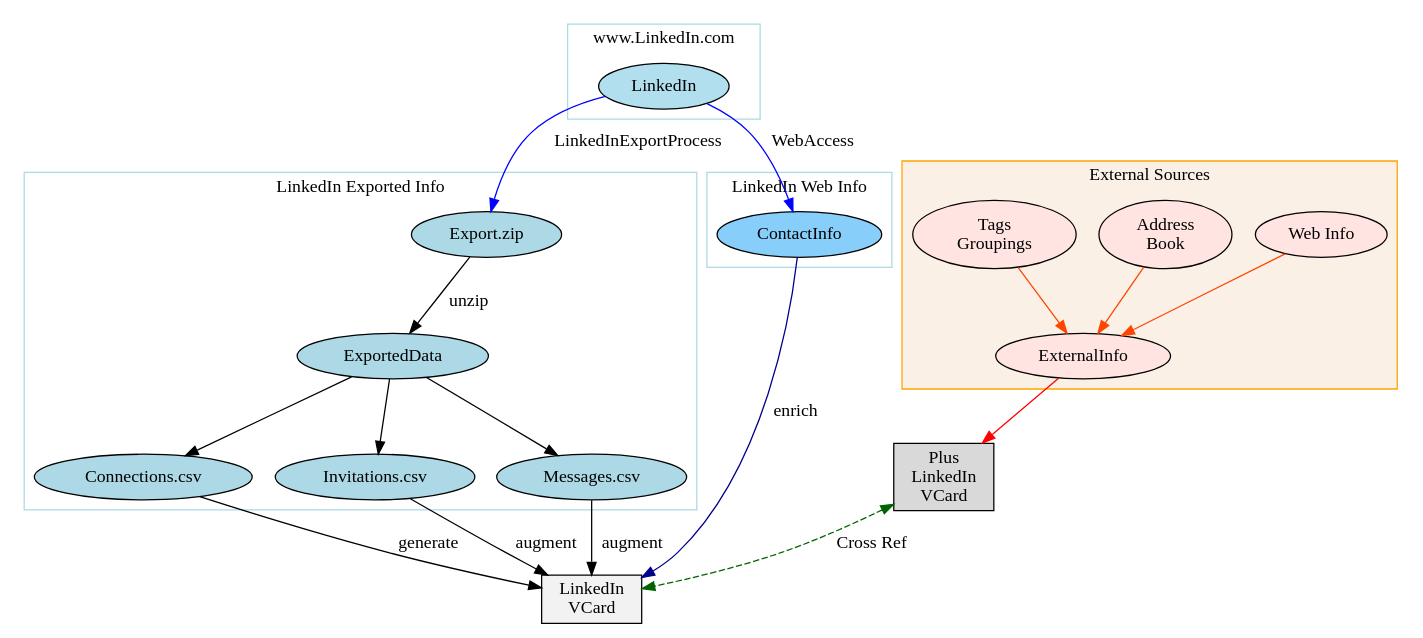
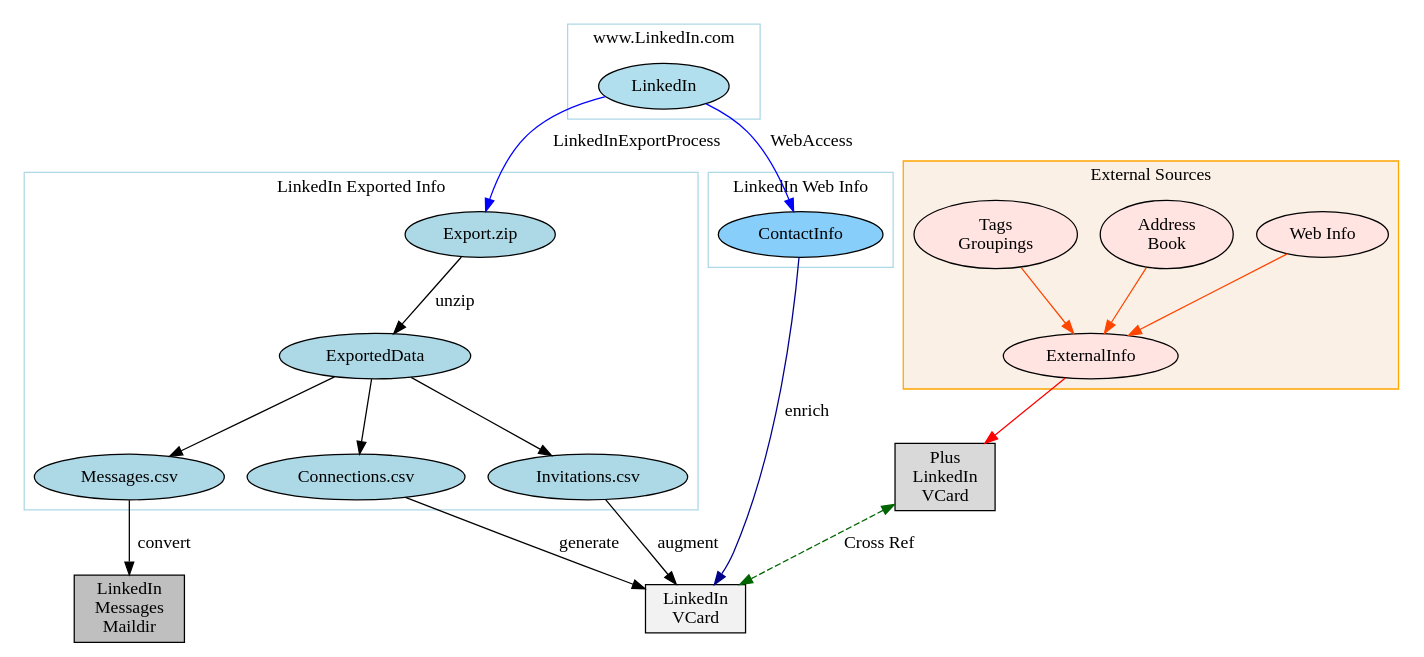
Before and after one commit to bisos-pip/linkedinvcard: the diagram in py3/images/exportedPlusWebConsPlusExternal.gv, drawn with Graphviz. The commit also changed 34 other files, not shown here.

```diff
--- a/py3/images/exportedPlusWebConsPlusExternal.gv
+++ b/py3/images/exportedPlusWebConsPlusExternal.gv
@@ -1,160 +1,169 @@
 digraph {
-	graph [bb="0,0,1097,480.74"];
+	graph [bb="0,0,1098,495.74"];
 	node [label="\N"];
 	subgraph cluster_linkedin {
-		graph [bb="436,397.74,588,472.74",
+		graph [bb="436,412.74,588,487.74",
 			color=lightblue,
 			label="www.LinkedIn.com",
 			lheight=0.21,
-			lp="512,461.24",
+			lp="512,476.24",
 			lwidth=1.89
 		];
 		LinkedIn	[fillcolor=lightblue2,
 			height=0.5,
-			pos="512,423.74",
+			pos="512,438.74",
 			style=filled,
 			width=1.4263];
 	}
 	subgraph cluster_exported {
-		graph [bb="8,89.5,538,355.87",
+		graph [bb="8,104.5,539,370.87",
 			color=lightblue,
 			label="LinkedIn Exported Info",
 			lheight=0.21,
-			lp="273,344.37",
+			lp="273.5,359.37",
 			lwidth=2.31
 		];
 		"Export.zip"	[fillcolor=lightblue,
 			height=0.5,
-			pos="372,306.87",
+			pos="367,321.87",
 			style=filled,
 			width=1.6429];
 		ExportedData	[fillcolor=lightblue,
 			height=0.5,
-			pos="298,211",
+			pos="285,226",
 			style=filled,
 			width=2.0943];
 		"Export.zip" -> ExportedData	[label=unzip,
-			lp="358,254.5",
-			pos="e,311.36,228.95 358.77,289.09 347.37,274.63 330.75,253.55 317.77,237.08"];
+			lp="348,269.5",
+			pos="e,299.81,243.95 352.34,304.09 339.59,289.5 320.95,268.16 306.52,251.63"];
 		"Connections.csv"	[fillcolor=lightblue,
 			height=0.5,
-			pos="102,115.5",
+			pos="270,130.5",
 			style=filled,
 			width=2.3831];
-		ExportedData -> "Connections.csv"	[pos="e,135.07,132.28 265.63,194.56 232.5,178.75 180.83,154.11 144.44,136.74"];
+		ExportedData -> "Connections.csv"	[pos="e,272.73,148.54 282.25,207.85 280.05,194.14 276.93,174.67 274.38,158.82"];
 		"Invitations.csv"	[fillcolor=lightblue,
 			height=0.5,
-			pos="284,115.5",
+			pos="452,130.5",
 			style=filled,
 			width=2.1845];
-		ExportedData -> "Invitations.csv"	[pos="e,286.55,133.54 295.43,192.85 293.38,179.14 290.46,159.67 288.09,143.82"];
+		ExportedData -> "Invitations.csv"	[pos="e,423.53,147.44 313.33,209.14 341.16,193.56 383.79,169.69 414.44,152.53"];
 		"Messages.csv"	[fillcolor=lightblue,
 			height=0.5,
-			pos="455,115.5",
+			pos="91,130.5",
 			style=filled,
 			width=2.0762];
-		ExportedData -> "Messages.csv"	[pos="e,428.24,132.44 324.63,194.14 350.68,178.62 390.53,154.9 419.31,137.75"];
+		ExportedData -> "Messages.csv"	[pos="e,122.76,146.81 252.96,209.56 219.87,193.61 168.1,168.66 132.03,151.27"];
 	}
 	subgraph cluster_web {
-		graph [bb="546,280.87,692,355.87",
+		graph [bb="547,295.87,693,370.87",
 			color=lightblue,
 			label="LinkedIn Web Info",
 			lheight=0.21,
-			lp="619,344.37",
+			lp="620,359.37",
 			lwidth=1.81
 		];
 		ContactInfo	[fillcolor=lightskyblue,
 			height=0.5,
-			pos="619,306.87",
+			pos="620,321.87",
 			style=filled,
 			width=1.8054];
 	}
 	subgraph cluster_external {
-		graph [bb="700,185,1089,364.74",
+		graph [bb="701,200,1090,379.74",
 			color=orange,
 			fillcolor=linen,
 			label="External Sources",
 			lheight=0.21,
-			lp="894.5,353.24",
+			lp="895.5,368.24",
 			lwidth=1.72,
 			style=filled
 		];
 		External	[fillcolor=mistyrose,
 			height=0.5,
 			label="Web Info",
-			pos="1029,306.87",
+			pos="1030,321.87",
 			style=filled,
 			width=1.4443];
 		ExternalInfo	[fillcolor=mistyrose,
 			height=0.5,
-			pos="842,211",
+			pos="848,226",
 			style=filled,
 			width=1.9137];
 		External -> ExternalInfo	[color=orangered,
-			pos="e,872.54,227.33 1000.6,291.61 968.9,275.7 917.37,249.84 881.7,231.93"];
+			pos="e,877.72,242.33 1002.4,306.61 971.5,290.7 921.36,264.84 886.63,246.93"];
 		ExtAddrBook	[fillcolor=mistyrose,
 			height=0.74639,
 			label="Address
 Book",
-			pos="907,306.87",
+			pos="908,321.87",
 			style=filled,
 			width=1.4535];
 		ExtAddrBook -> ExternalInfo	[color=orangered,
-			pos="e,853.64,228.81 889.92,281.21 880.54,267.66 868.93,250.89 859.49,237.25"];
+			pos="e,858.74,243.81 892.24,296.21 883.58,282.66 872.86,265.89 864.14,252.25"];
 		ExtTags	[fillcolor=mistyrose,
 			height=0.74639,
 			label="Tags
 Groupings",
-			pos="772,306.87",
+			pos="773,321.87",
 			style=filled,
 			width=1.7874];
 		ExtTags -> ExternalInfo	[color=orangered,
-			pos="e,829.38,228.92 790.76,280.71 800.79,267.26 813.11,250.74 823.16,237.27"];
+			pos="e,834.57,243.81 792.71,296.21 803.63,282.53 817.18,265.57 828.13,251.87"];
 	}
 	LinkedIn -> "Export.zip"	[color=blue,
 		label=LinkedInExportProcess,
-		lp="491.5,380.24",
-		pos="e,375.44,324.91 465.84,415.71 446.09,410.7 423.96,402.19 408,387.74 392.69,373.87 383.49,352.24 378.23,334.98"];
+		lp="490.5,395.24",
+		pos="e,371.34,339.95 465.94,430.56 445.99,425.52 423.48,417.02 407,402.74 390.93,388.82 380.6,366.9 374.47,349.54"];
 	LinkedIn -> ContactInfo	[color=blue,
 		label=WebAccess,
-		lp="629.5,380.24",
-		pos="e,613.91,325.02 546.07,410.02 557.56,404.49 569.8,397.1 579,387.74 593.59,372.9 603.87,351.68 610.35,334.84"];
+		lp="628.5,395.24",
+		pos="e,614.42,340 545.46,424.82 556.77,419.28 568.84,411.93 578,402.74 592.98,387.71 603.86,366.23 610.79,349.33"];
 	VCard	[fillcolor=gray95,
 		height=0.52778,
 		label="LinkedIn
 VCard",
-		pos="455,19",
+		pos="537,26.5",
 		shape=box,
 		style=filled,
 		width=1.0972];
 	"Connections.csv" -> VCard	[label=generate,
-		lp="326,63.5",
-		pos="e,415.43,27.975 146.34,99.945 185.08,87.479 242.95,69.463 294,56 331.11,46.213 373.48,36.808 405.44,30.067"];
+		lp="453,78.5",
+		pos="e,497.5,42.192 308.75,114.36 339.23,102.48 382.78,85.57 421,71 442.95,62.634 467.28,53.489 487.97,45.753"];
 	"Invitations.csv" -> VCard	[label=augment,
-		lp="419,63.5",
-		pos="e,420.3,38.117 311.85,98.385 332.51,86.507 361.4,70.044 387,56 394.83,51.706 403.2,47.2 411.31,42.885"];
-	"Messages.csv" -> VCard	[label=augment,
-		lp="487,63.5",
-		pos="e,455,38.189 455,97.167 455,83.573 455,64.367 455,48.516"];
+		lp="531,78.5",
+		pos="e,521.79,45.747 466.04,112.66 479.43,96.588 499.79,72.148 515.28,53.565"];
+	Maildir	[fillcolor=gray75,
+		height=0.73611,
+		label="LinkedIn
+Messages
+Maildir",
+		pos="91,26.5",
+		shape=box,
+		style=filled,
+		width=1.2083];
+	"Messages.csv" -> Maildir	[label=convert,
+		lp="118.5,78.5",
+		pos="e,91,53.325 91,112.2 91,98.956 91,80.229 91,63.75"];
 	ContactInfo -> VCard	[color=darkblue,
 		label=enrich,
-		lp="616,167.5",
-		pos="e,494.55,36.175 617.33,288.61 612.07,243.77 591.88,122.48 523,56 517.26,50.456 510.49,45.538 503.49,41.257"];
+		lp="625,182.5",
+		pos="e,551.87,45.602 618.7,303.81 615.06,262.36 602.58,153.69 567,71 564.54,65.278 561.27,59.53 557.8,54.174"];
 	VCardPlus	[fillcolor=gray85,
 		height=0.73611,
 		label="Plus
 LinkedIn
 VCard",
-		pos="732,115.5",
+		pos="733,130.5",
 		shape=box,
 		style=filled,
 		width=1.0972];
 	ExternalInfo -> VCardPlus	[color=red,
-		pos="e,762.42,142.36 822.59,193.5 808.15,181.22 787.97,164.07 770.32,149.07"];
+		pos="e,764.5,157.11 827.97,208.71 812.65,196.26 791.06,178.7 772.33,163.47"];
 	VCardPlus -> VCard	[color=darkgreen,
 		dir=both,
 		label="Cross Ref",
-		lp="675,63.5",
-		pos="s,692.22,93.726 e,494.77,27.327 682.95,89.169 659.75,77.905 631.41,65.152 605,56 572.29,44.665 534.37,35.598 504.84,29.399",
+		lp="681,78.5",
+		pos="s,693.34,108.86 e,571.68,45.55 684.25,104.13 652.54,87.627 611.54,66.289 580.85,50.322",
 		style=dashed];
 }
```
